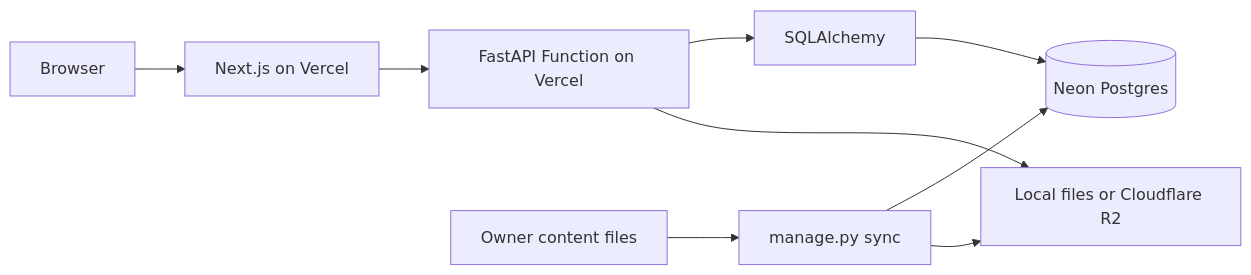
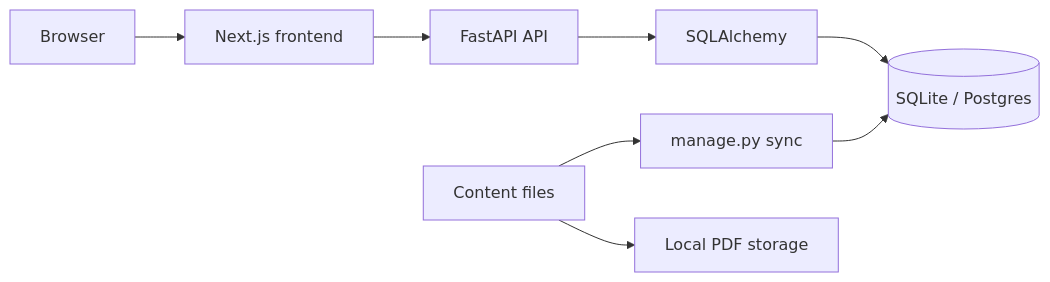
One commit to saptadeep12/NotesNest changed the diagram in docs/architecture.md. Above: the diagram before and after it, drawn with Mermaid. The commit also changed other lines of this file and 17 other files, not shown here.

````diff
--- a/docs/architecture.md
+++ b/docs/architecture.md
@@ -11,11 +11,10 @@
 ```mermaid
 flowchart LR
-    browser[Browser] --> next[Next.js on Vercel]
-    next --> api[FastAPI Function on Vercel]
+    browser[Browser] --> next[Next.js frontend]
+    next --> api[FastAPI API]
     api --> sqlalchemy[SQLAlchemy]
-    sqlalchemy --> db[(Neon Postgres)]
-    api --> storage[Local files or Cloudflare R2]
-    files[Owner content files] --> sync[manage.py sync]
+    sqlalchemy --> db[(SQLite / Postgres)]
+    files[Content files] --> sync[manage.py sync]
     sync --> db
-    sync --> storage
+    files --> storage[Local PDF storage]
 ```
````
